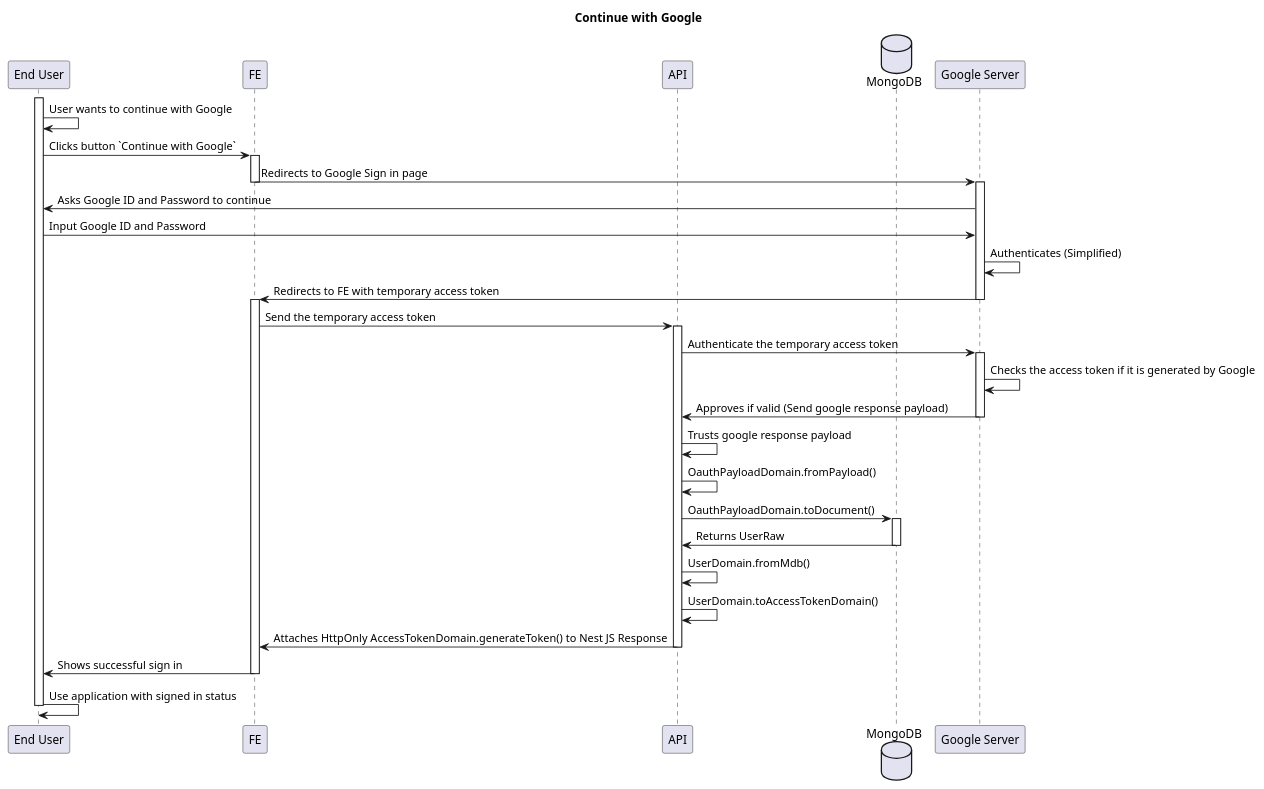
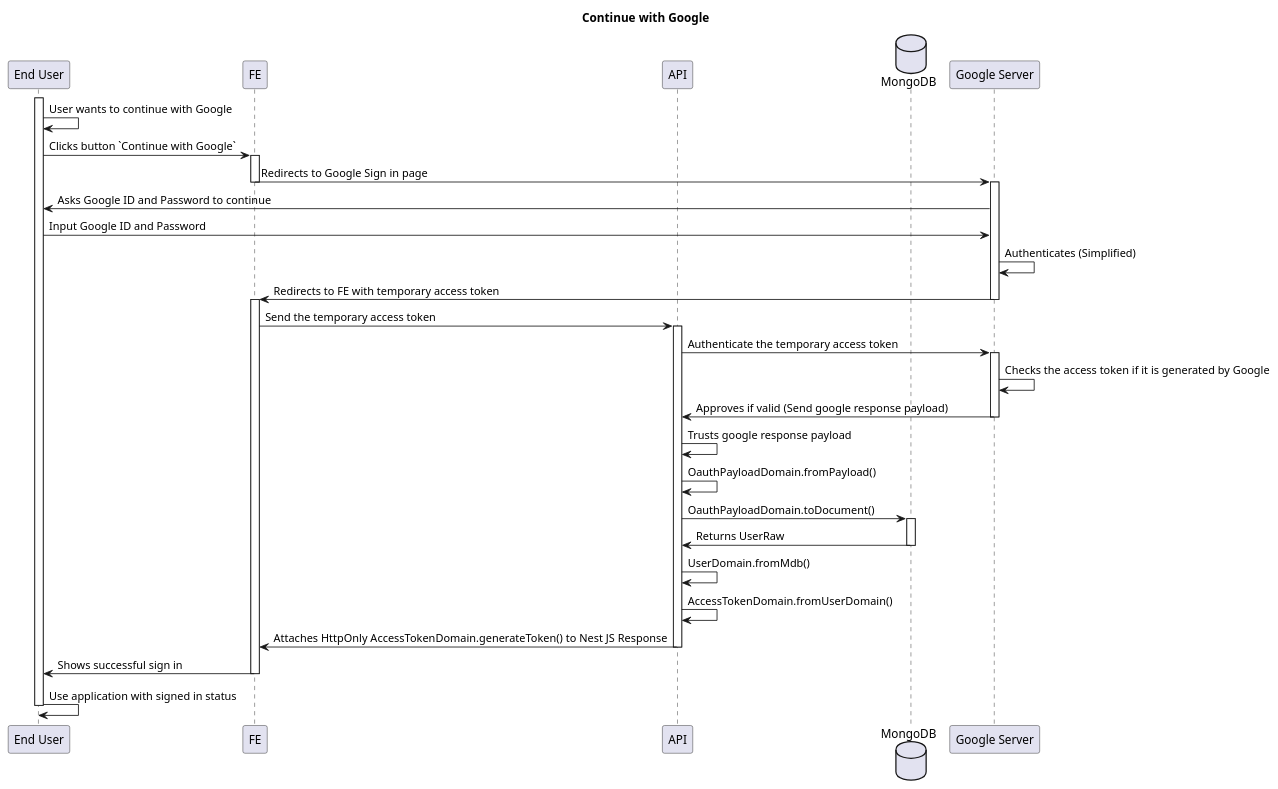
Before and after one commit to ajktown/docs: the diagram in auth/auth-flow.md, drawn with PlantUML.

````diff
--- a/auth/auth-flow.md
+++ b/auth/auth-flow.md
@@ -14,49 +14,49 @@
 ```plantuml
 
 @startuml
 
 title Continue with Google
 
 participant "End User" as user
 participant "FE" as fe
 participant "API" as api
 database "MongoDB" as db
 participant "Google Server" as google
 
 activate user
   user -> user: User wants to continue with Google
   user -> fe: Clicks button `Continue with Google`
   activate fe
     fe -> google: Redirects to Google Sign in page
   deactivate fe
   activate google
     user <- google: Asks Google ID and Password to continue
     user -> google: Input Google ID and Password
     google -> google: Authenticates (Simplified)
     fe <- google: Redirects to FE with temporary access token
   deactivate google
   activate fe
     fe -> api: Send the temporary access token
     activate api
       api -> google: Authenticate the temporary access token
       activate google
         google -> google: Checks the access token if it is generated by Google
         api <- google: Approves if valid (Send google response payload)
       deactivate google
       api -> api: Trusts google response payload
       api -> api: OauthPayloadDomain.fromPayload()
       api -> db: OauthPayloadDomain.toDocument()
       activate db
         api <- db: Returns UserRaw
       deactivate db
       api -> api: UserDomain.fromMdb()
-      api -> api: UserDomain.toAccessTokenDomain()
+      api -> api: AccessTokenDomain.fromUserDomain()
       fe <- api: Attaches HttpOnly AccessTokenDomain.generateToken() to Nest JS Response
     deactivate api
     user <- fe: Shows successful sign in
   deactivate fe
   user -> user: Use application with signed in status
 deactivate user
 
 
 ```
````
